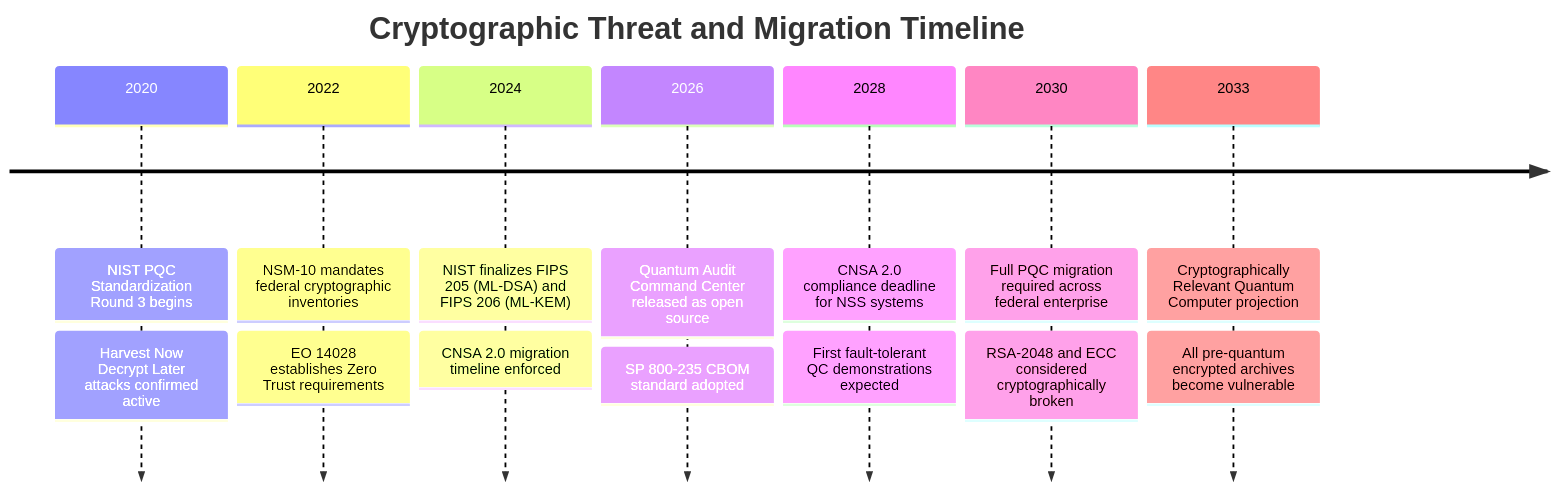
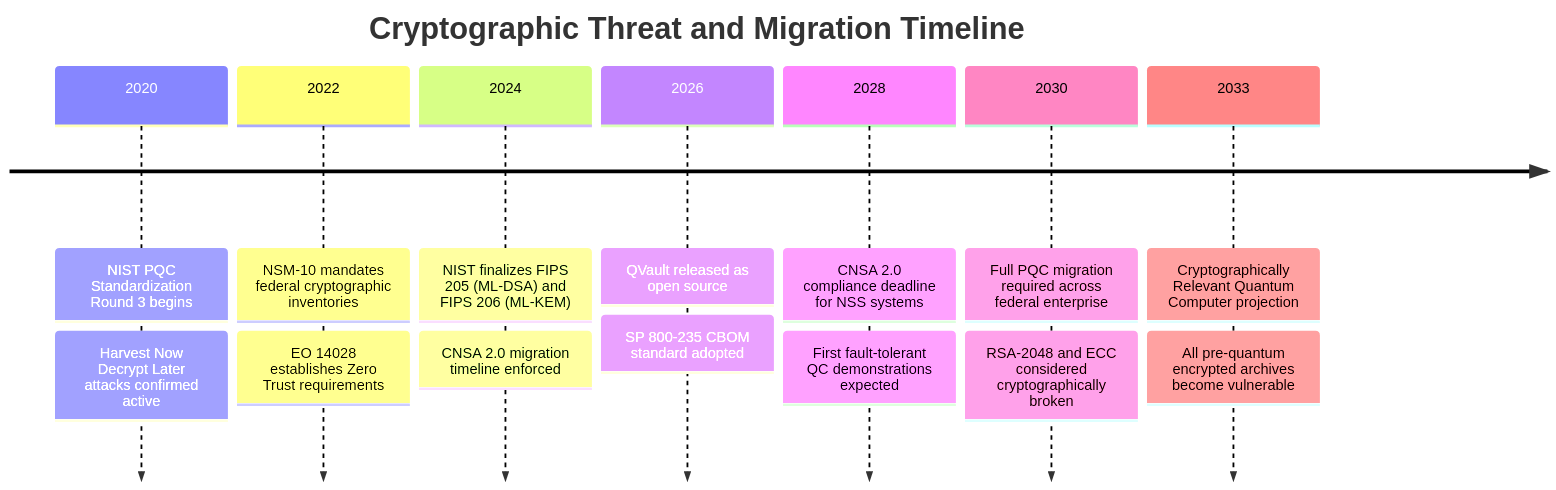
The fourth of 6 diagrams in README.md (saisravan909/Quantum-Audit-for-Cryptographic-Modernization), drawn with Mermaid before and after one commit. The commit also changed other lines of this file and 3 other files, not shown here.

````diff
--- a/README.md
+++ b/README.md
@@ -184,18 +181,18 @@
 ```mermaid
 timeline
     title Cryptographic Threat and Migration Timeline
     2020 : NIST PQC Standardization Round 3 begins
          : Harvest Now Decrypt Later attacks confirmed active
     2022 : NSM-10 mandates federal cryptographic inventories
          : EO 14028 establishes Zero Trust requirements
     2024 : NIST finalizes FIPS 205 (ML-DSA) and FIPS 206 (ML-KEM)
          : CNSA 2.0 migration timeline enforced
-    2026 : Quantum Audit Command Center released as open source
+    2026 : QVault released as open source
          : SP 800-235 CBOM standard adopted
     2028 : CNSA 2.0 compliance deadline for NSS systems
          : First fault-tolerant QC demonstrations expected
     2030 : Full PQC migration required across federal enterprise
          : RSA-2048 and ECC considered cryptographically broken
     2033 : Cryptographically Relevant Quantum Computer projection
          : All pre-quantum encrypted archives become vulnerable
 ```
````
